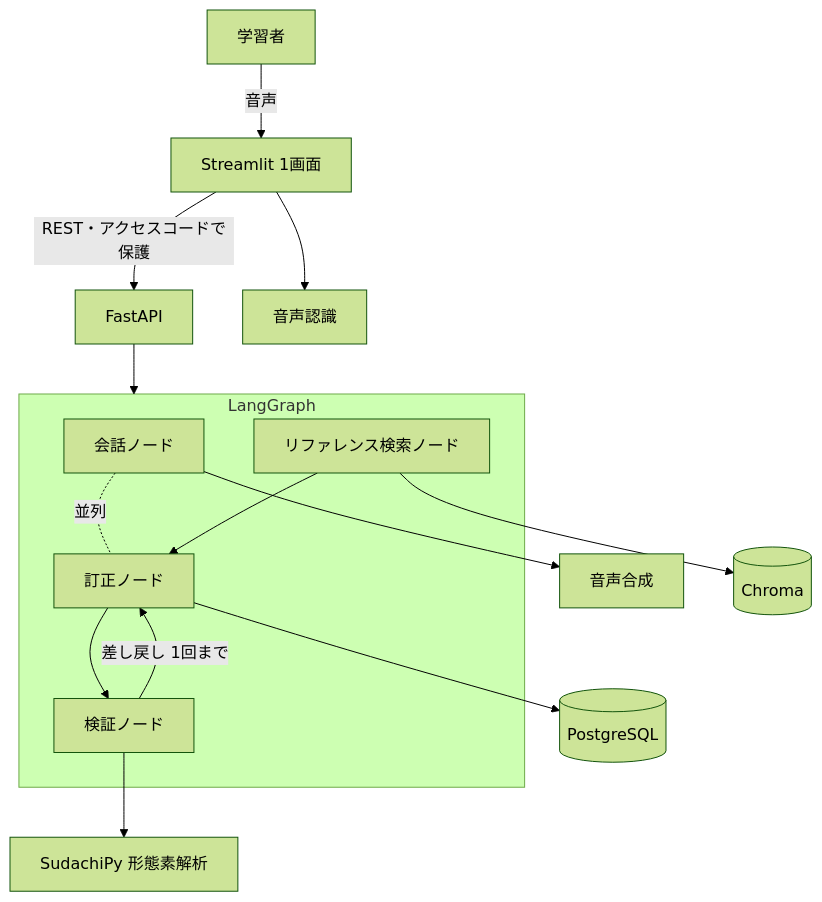
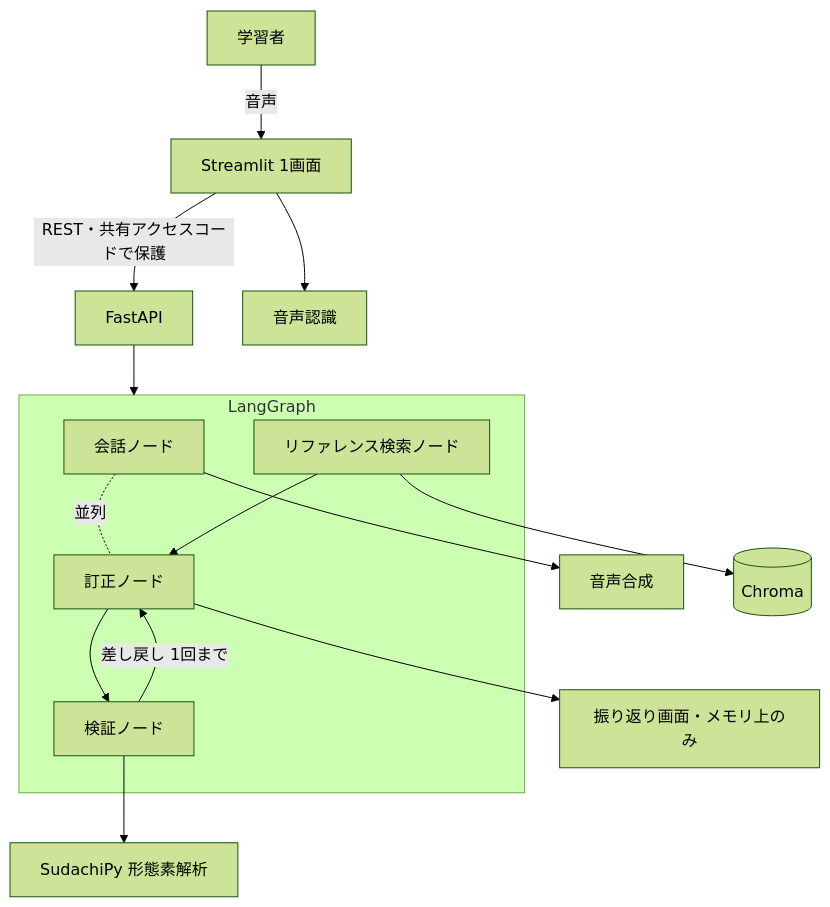
The diagram in docs/ja/functional-design.md (Jun-Araki/japanese-speaking-coach), drawn with Mermaid (forest theme) before and after one commit. The commit also changed other lines of this file and 28 other files, not shown here.

````diff
--- a/docs/ja/functional-design.md
+++ b/docs/ja/functional-design.md
@@ -9,23 +9,23 @@
 ```mermaid
 graph TB
     U[学習者] -->|音声| ST[Streamlit 1画面]
-    ST -->|REST・アクセスコードで保護| API[FastAPI]
+    ST -->|REST・共有アクセスコードで保護| API[FastAPI]
     API --> G[LangGraph]
 
     subgraph G [LangGraph]
         DLG[会話ノード]
         COR[訂正ノード]
         RET[リファレンス検索ノード]
         VAL[検証ノード]
         DLG -.並列.- COR
         RET --> COR
         COR --> VAL
         VAL -->|差し戻し 1回まで| COR
     end
 
     DLG --> TTS[音声合成]
-    COR --> DB[(PostgreSQL)]
+    COR --> RV[振り返り画面・メモリ上のみ]
     RET --> CH[(Chroma)]
     VAL --> NLP[SudachiPy 形態素解析]
     ST --> STT[音声認識]
 ```
````
